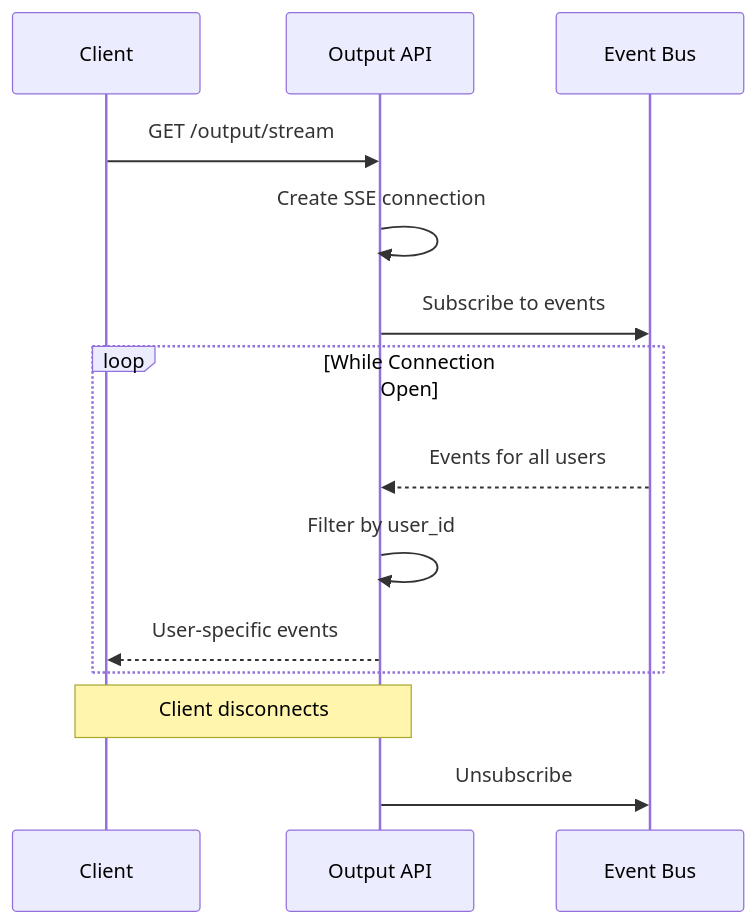
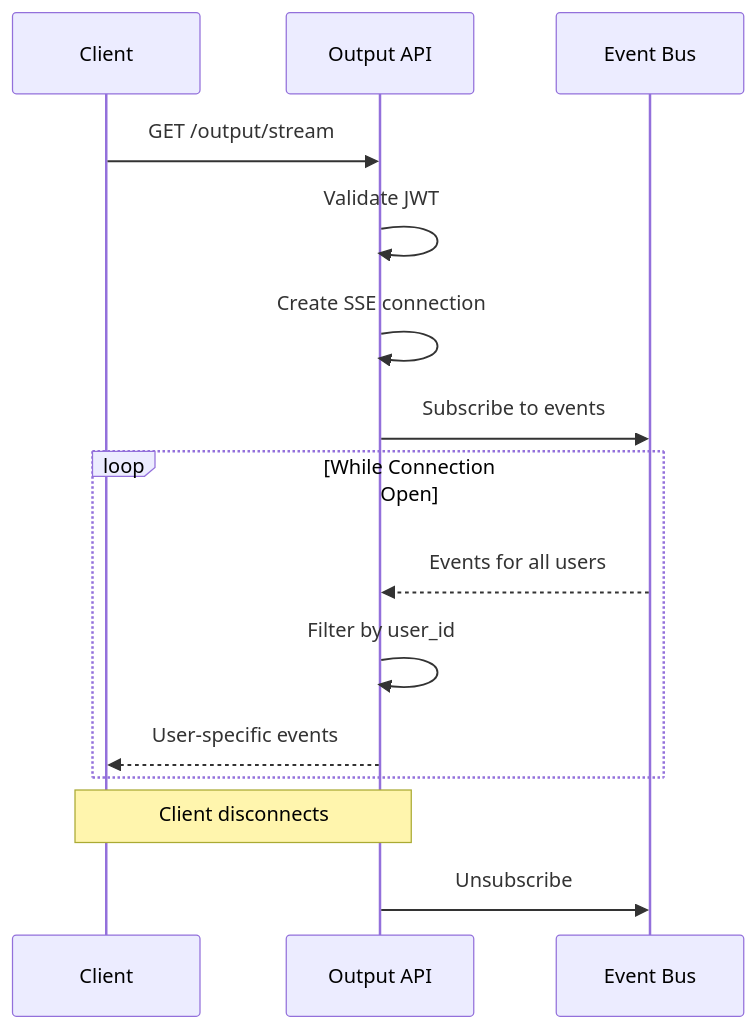
The fourth of 4 diagrams in cortex/cortex-core/docs/ARCHITECTURE_OVERVIEW.md (bkrabach/semanticworkbench), drawn with Mermaid before and after one commit. The commit also changed other lines of this file and 5 other files, not shown here.

````diff
--- a/cortex/cortex-core/docs/ARCHITECTURE_OVERVIEW.md
+++ b/cortex/cortex-core/docs/ARCHITECTURE_OVERVIEW.md
@@ -266,20 +342,21 @@
 ```mermaid
 sequenceDiagram
     participant Client
     participant OutputAPI as Output API
     participant EventBus as Event Bus
 
     Client->>OutputAPI: GET /output/stream
+    OutputAPI->>OutputAPI: Validate JWT
     OutputAPI->>OutputAPI: Create SSE connection
     OutputAPI->>EventBus: Subscribe to events
 
     loop While Connection Open
         EventBus-->>OutputAPI: Events for all users
         OutputAPI->>OutputAPI: Filter by user_id
         OutputAPI-->>Client: User-specific events
     end
 
     Note over Client,OutputAPI: Client disconnects
 
     OutputAPI->>EventBus: Unsubscribe
 ```
````
